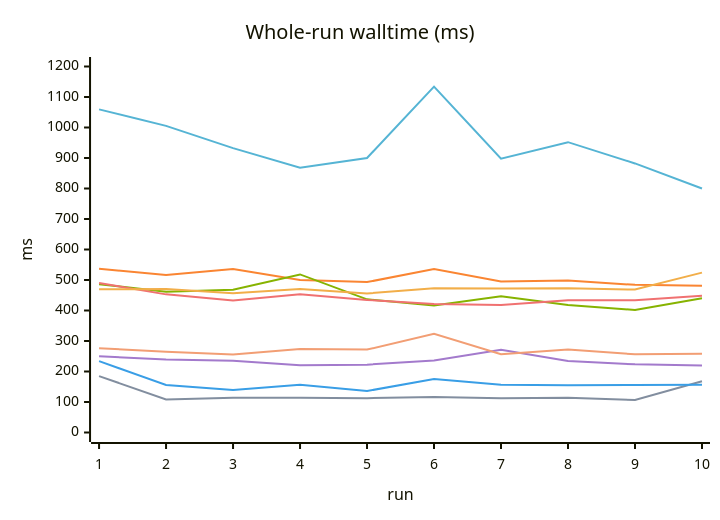
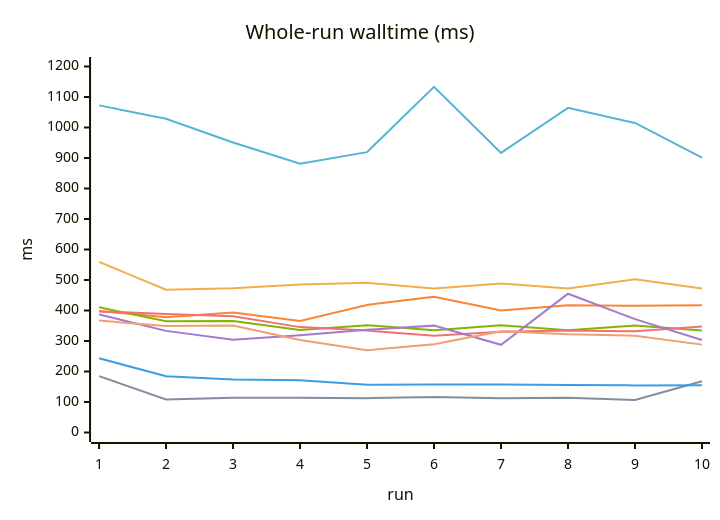
Before and after one commit to K4zoku/FF-WebHID: the third of 6 diagrams in docs/BENCHMARK.md, drawn with Mermaid. The commit also changed other lines of this file, not shown here.

````diff
--- a/docs/BENCHMARK.md
+++ b/docs/BENCHMARK.md
@@ -185,21 +189,21 @@
 ```mermaid
 ---
 config:
   themeVariables:
     xyChart:
       plotColorPalette: '#55b4d4, #fa8532, #86b300, #f07171, #828e9f, #f2ae49, #399ee6, #a37acc, #f29e74'
 ---
 xychart
     title "Whole-run walltime (ms)"
     x-axis "run" [1, 2, 3, 4, 5, 6, 7, 8, 9, 10]
     y-axis "ms" 0 --> 1200
-    line "nm" [1059.5, 1005.4, 932.5, 868.0, 900.1, 1134.0, 897.9, 951.9, 882.2, 800.0]
-    line "ws" [536.9, 516.5, 535.8, 499.8, 493.2, 535.9, 495.3, 498.2, 484.1, 481.1]
-    line "wt-inpage" [486.2, 461.8, 467.9, 518.3, 436.6, 416.7, 446.3, 417.8, 402.0, 440.0]
-    line "wt" [490.0, 452.9, 432.4, 453.0, 434.7, 421.3, 417.9, 433.3, 434.0, 448.5]
+    line "nm" [1072.6, 1028.6, 950.8, 881.3, 919.3, 1133.4, 916.8, 1064.3, 1014.8, 901.0]
+    line "ws" [398.1, 377.7, 393.5, 365.5, 418.3, 445.3, 399.9, 417.6, 415.4, 416.9]
+    line "wt-inpage" [410.4, 365.0, 365.7, 335.7, 351.8, 335.3, 351.6, 335.2, 350.6, 334.6]
+    line "wt" [397.1, 388.6, 381.2, 345.5, 334.4, 317.1, 330.7, 334.8, 331.6, 347.2]
     line "native" [184.9, 108.2, 113.9, 114.1, 112.7, 116.0, 112.5, 114.3, 106.6, 168.0]
-    line "chr-nm" [469.9, 470.2, 456.8, 470.1, 455.7, 473.2, 471.8, 473.2, 468.6, 524.2]
-    line "chr-ws" [233.9, 155.8, 139.5, 156.6, 136.0, 175.0, 156.4, 154.8, 155.8, 156.2]
-    line "chr-wt-inpage" [250.0, 239.2, 235.0, 220.5, 222.4, 236.1, 270.9, 234.3, 223.4, 219.3]
-    line "chr-wt" [276.5, 264.8, 256.0, 273.4, 271.9, 323.4, 256.3, 271.8, 256.2, 258.5]
+    line "chr-nm" [559.5, 468.0, 473.0, 484.9, 490.7, 472.2, 488.7, 471.8, 502.3, 472.2]
+    line "chr-ws" [243.4, 184.5, 173.8, 171.2, 156.5, 157.4, 157.3, 155.8, 154.5, 154.6]
+    line "chr-wt-inpage" [387.0, 333.2, 304.4, 318.5, 337.1, 350.4, 287.6, 455.1, 371.8, 303.3]
+    line "chr-wt" [366.9, 348.9, 350.9, 303.0, 269.6, 289.6, 332.1, 321.8, 317.2, 288.1]
 ```
````
